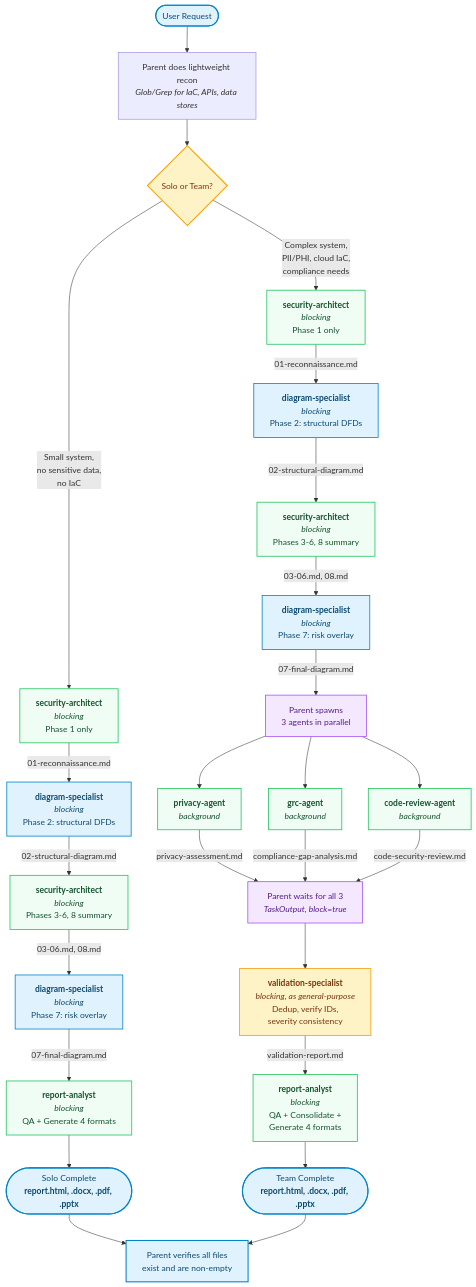
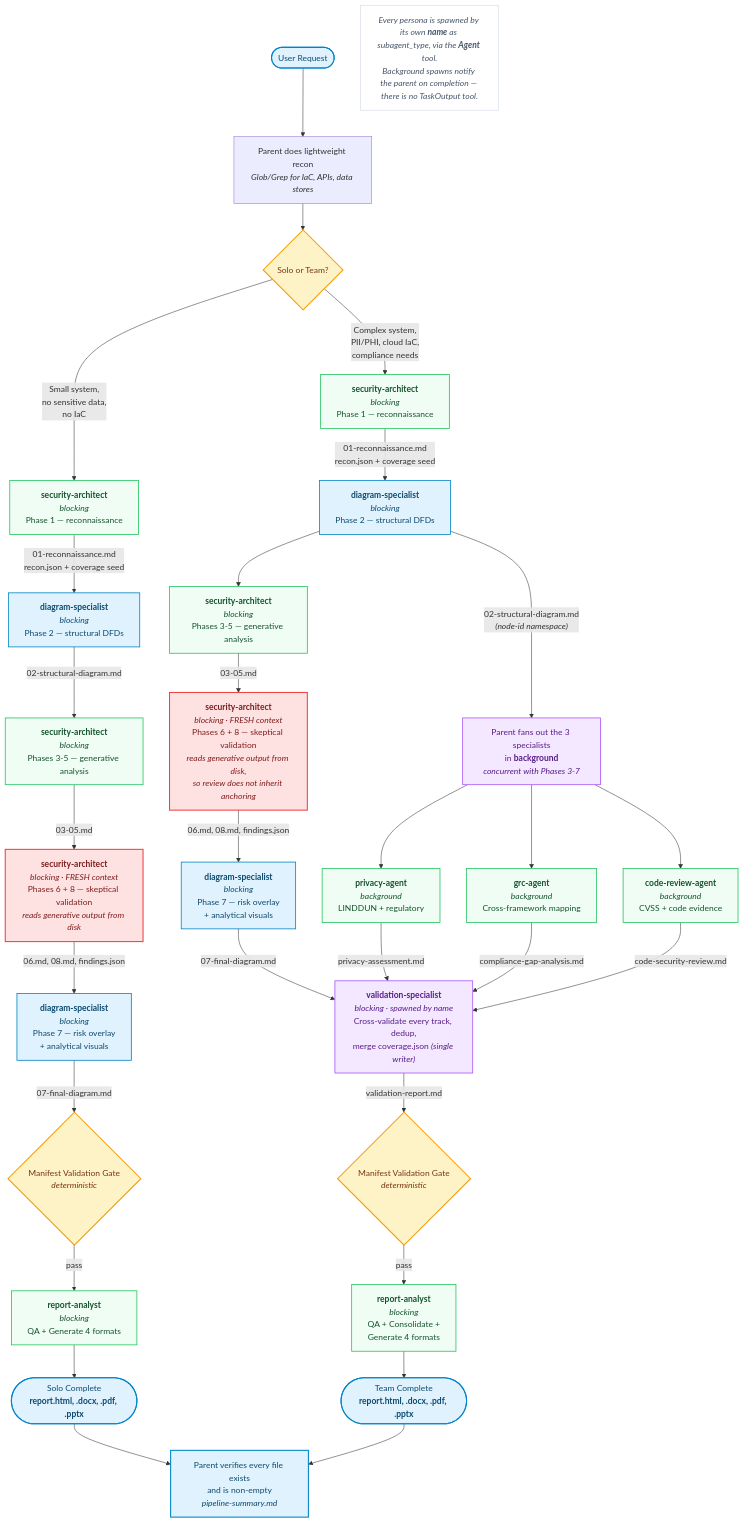
One commit to trwilcoxson/threat-model-suite changed the diagram in docs/diagrams/pipeline-flow.mmd. Above: the diagram before and after it, drawn with Mermaid. The commit also changed 5 other files, not shown here.

First line of the commit message:
Bring the architecture diagrams in line with the modernized flow

```diff
--- a/docs/diagrams/pipeline-flow.mmd
+++ b/docs/diagrams/pipeline-flow.mmd
@@ -1,55 +1,64 @@
 %%{init: {"theme": "base", "themeVariables": {"primaryColor": "#f5f5f5", "primaryTextColor": "#1a1a2e", "primaryBorderColor": "#555", "lineColor": "#4a4a6a", "secondaryColor": "#e8eaf6", "fontSize": "15px", "fontFamily": "'Segoe UI', 'Helvetica Neue', Arial, sans-serif", "edgeLabelBackground": "#ffffffee", "clusterBkg": "#f8f9fa", "clusterBorder": "#dee2e6"}, "flowchart": {"useMaxWidth": false, "htmlLabels": true, "curve": "basis", "padding": 24, "nodeSpacing": 50, "rankSpacing": 60}}}%%
 
 flowchart TD
     Start(["User Request"]) --> Recon["Parent does lightweight recon<br/><i>Glob/Grep for IaC, APIs, data stores</i>"]
     Recon --> Mode{"Solo or Team?"}
 
-    %% Solo Path
-    Mode -->|"Small system,<br/>no sensitive data,<br/>no IaC"| Solo_SA1["<b>security-architect</b><br/><i>blocking</i><br/>Phase 1 only"]
-    Solo_SA1 -->|"01-reconnaissance.md"| Solo_DS1["<b>diagram-specialist</b><br/><i>blocking</i><br/>Phase 2: structural DFDs"]
-    Solo_DS1 -->|"02-structural-diagram.md"| Solo_SA2["<b>security-architect</b><br/><i>blocking</i><br/>Phases 3-6, 8 summary"]
-    Solo_SA2 -->|"03-06.md, 08.md"| Solo_DS2["<b>diagram-specialist</b><br/><i>blocking</i><br/>Phase 7: risk overlay"]
-    Solo_DS2 -->|"07-final-diagram.md"| Solo_RA["<b>report-analyst</b><br/><i>blocking</i><br/>QA + Generate 4 formats"]
+    %% ---------- Solo Path ----------
+    Mode -->|"Small system,<br/>no sensitive data,<br/>no IaC"| Solo_SA1["<b>security-architect</b><br/><i>blocking</i><br/>Phase 1 — reconnaissance"]
+    Solo_SA1 -->|"01-reconnaissance.md<br/>recon.json + coverage seed"| Solo_DS1["<b>diagram-specialist</b><br/><i>blocking</i><br/>Phase 2 — structural DFDs"]
+    Solo_DS1 -->|"02-structural-diagram.md"| Solo_SA2["<b>security-architect</b><br/><i>blocking</i><br/>Phases 3-5 — generative analysis"]
+    Solo_SA2 -->|"03-05.md"| Solo_SAV["<b>security-architect</b><br/><i>blocking · FRESH context</i><br/>Phases 6 + 8 — skeptical validation<br/><i>reads generative output from disk</i>"]
+    Solo_SAV -->|"06.md, 08.md, findings.json"| Solo_DS2["<b>diagram-specialist</b><br/><i>blocking</i><br/>Phase 7 — risk overlay<br/>+ analytical visuals"]
+    Solo_DS2 -->|"07-final-diagram.md"| Solo_Gate{"Manifest Validation Gate<br/><i>deterministic</i>"}
+    Solo_Gate -->|"pass"| Solo_RA["<b>report-analyst</b><br/><i>blocking</i><br/>QA + Generate 4 formats"]
     Solo_RA --> Solo_Done(["Solo Complete<br/><b>report.html, .docx, .pdf, .pptx</b>"])
 
-    %% Team Path
-    Mode -->|"Complex system,<br/>PII/PHI, cloud IaC,<br/>compliance needs"| Team_SA1["<b>security-architect</b><br/><i>blocking</i><br/>Phase 1 only"]
+    %% ---------- Team Path ----------
+    Mode -->|"Complex system,<br/>PII/PHI, cloud IaC,<br/>compliance needs"| Team_SA1["<b>security-architect</b><br/><i>blocking</i><br/>Phase 1 — reconnaissance"]
+    Team_SA1 -->|"01-reconnaissance.md<br/>recon.json + coverage seed"| Team_DS1["<b>diagram-specialist</b><br/><i>blocking</i><br/>Phase 2 — structural DFDs"]
 
-    Team_SA1 -->|"01-reconnaissance.md"| Team_DS1["<b>diagram-specialist</b><br/><i>blocking</i><br/>Phase 2: structural DFDs"]
-    Team_DS1 -->|"02-structural-diagram.md"| Team_SA2["<b>security-architect</b><br/><i>blocking</i><br/>Phases 3-6, 8 summary"]
-    Team_SA2 -->|"03-06.md, 08.md"| Team_DS2["<b>diagram-specialist</b><br/><i>blocking</i><br/>Phase 7: risk overlay"]
+    %% Specialists fan out at the Phase-2 frontier and run concurrently with Phases 3-7
+    Team_DS1 -->|"02-structural-diagram.md<br/><i>(node-id namespace)</i>"| Fork["Parent fans out the 3 specialists<br/>in <b>background</b><br/><i>concurrent with Phases 3-7</i>"]
+    Team_DS1 --> Team_SA2["<b>security-architect</b><br/><i>blocking</i><br/>Phases 3-5 — generative analysis"]
 
-    Team_DS2 -->|"07-final-diagram.md"| Fork["Parent spawns<br/>3 agents in parallel"]
+    Fork --> PA["<b>privacy-agent</b><br/><i>background</i><br/>LINDDUN + regulatory"]
+    Fork --> GRC["<b>grc-agent</b><br/><i>background</i><br/>Cross-framework mapping"]
+    Fork --> CR["<b>code-review-agent</b><br/><i>background</i><br/>CVSS + code evidence"]
 
-    Fork --> PA["<b>privacy-agent</b><br/><i>background</i>"]
-    Fork --> GRC["<b>grc-agent</b><br/><i>background</i>"]
-    Fork --> CR["<b>code-review-agent</b><br/><i>background</i>"]
+    Team_SA2 -->|"03-05.md"| Team_SAV["<b>security-architect</b><br/><i>blocking · FRESH context</i><br/>Phases 6 + 8 — skeptical validation<br/><i>reads generative output from disk,<br/>so review does not inherit anchoring</i>"]
+    Team_SAV -->|"06.md, 08.md, findings.json"| Team_DS2["<b>diagram-specialist</b><br/><i>blocking</i><br/>Phase 7 — risk overlay<br/>+ analytical visuals"]
 
-    PA -->|"privacy-assessment.md"| Join["Parent waits for all 3<br/><i>TaskOutput, block=true</i>"]
-    GRC -->|"compliance-gap-analysis.md"| Join
-    CR -->|"code-security-review.md"| Join
+    VS["<b>validation-specialist</b><br/><i>blocking · spawned by name</i><br/>Cross-validate every track, dedup,<br/>merge coverage.json <i>(single writer)</i>"]
 
-    Join --> VS["<b>validation-specialist</b><br/><i>blocking, as general-purpose</i><br/>Dedup, verify IDs,<br/>severity consistency"]
+    Team_DS2 -->|"07-final-diagram.md"| VS
+    PA -->|"privacy-assessment.md"| VS
+    GRC -->|"compliance-gap-analysis.md"| VS
+    CR -->|"code-security-review.md"| VS
 
-    VS -->|"validation-report.md"| Team_RA["<b>report-analyst</b><br/><i>blocking</i><br/>QA + Consolidate +<br/>Generate 4 formats"]
-
+    VS -->|"validation-report.md"| Team_Gate{"Manifest Validation Gate<br/><i>deterministic</i>"}
+    Team_Gate -->|"pass"| Team_RA["<b>report-analyst</b><br/><i>blocking</i><br/>QA + Consolidate +<br/>Generate 4 formats"]
     Team_RA --> Team_Done(["Team Complete<br/><b>report.html, .docx, .pdf, .pptx</b>"])
 
-    %% Verify
-    Solo_Done --> Verify["Parent verifies all files<br/>exist and are non-empty"]
+    %% ---------- Post ----------
+    Solo_Done --> Verify["Parent verifies every file exists<br/>and is non-empty<br/><i>pipeline-summary.md</i>"]
     Team_Done --> Verify
+
+    Note["<i>Every persona is spawned by its own <b>name</b> as subagent_type, via the <b>Agent</b> tool.<br/>Background spawns notify the parent on completion — there is no TaskOutput tool.</i>"]
 
     classDef start fill:#e0f2fe,stroke:#0284c7,stroke-width:2px,color:#0c4a6e
     classDef decision fill:#fef3c7,stroke:#f59e0b,stroke-width:2px,color:#78350f
     classDef agent fill:#f0fdf4,stroke:#22c55e,stroke-width:1.5px,color:#14532d
     classDef diagram fill:#e0f2fe,stroke:#0284c7,stroke-width:1.5px,color:#0c4a6e
-    classDef post fill:#fef3c7,stroke:#f59e0b,stroke-width:1.5px,color:#78350f
     classDef done fill:#f0fdf4,stroke:#16a34a,stroke-width:2px,color:#14532d
     classDef control fill:#f3e8ff,stroke:#a855f7,stroke-width:1.5px,color:#581c87
+    classDef fresh fill:#fee2e2,stroke:#ef4444,stroke-width:2px,color:#7f1d1d
+    classDef note fill:#ffffff,stroke:#cbd5e1,stroke-width:1px,color:#475569
 
     class Start,Solo_Done,Team_Done,Verify start
-    class Mode decision
+    class Mode,Solo_Gate,Team_Gate decision
     class Solo_SA1,Solo_SA2,Team_SA1,Team_SA2,PA,GRC,CR,Solo_RA,Team_RA agent
     class Solo_DS1,Solo_DS2,Team_DS1,Team_DS2 diagram
-    class Fork,Join control
-    class VS post
+    class Fork,VS control
+    class Solo_SAV,Team_SAV fresh
+    class Note note
```
